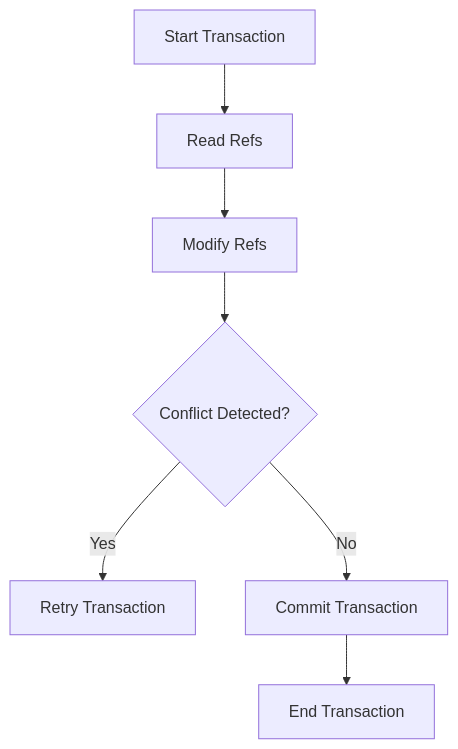
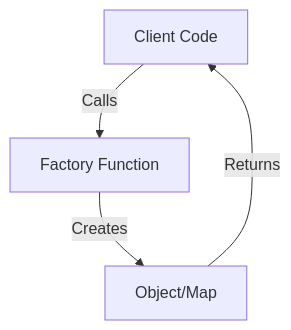
The diagram in content/patterns-clojure/6/2/index.md (MasteryEducation/SoftwarePatternsLexicon.com), drawn with Mermaid before and after one commit. The commit also changed other lines of this file and 462 other files, not shown here.

````diff
--- a/content/patterns-clojure/6/2/index.md
+++ b/content/patterns-clojure/6/2/index.md
@@ -118,9 +114,6 @@
 ```mermaid
 graph TD;
-    A[Start Transaction] --> B[Read Refs];
-    B --> C[Modify Refs];
-    C --> D{Conflict Detected?};
-    D -- Yes --> E[Retry Transaction];
-    D -- No --> F[Commit Transaction];
-    F --> G[End Transaction];
+    A[Client Code] -->|Calls| B[Factory Function];
+    B -->|Creates| C[Object/Map];
+    C -->|Returns| A;
 ```
````
